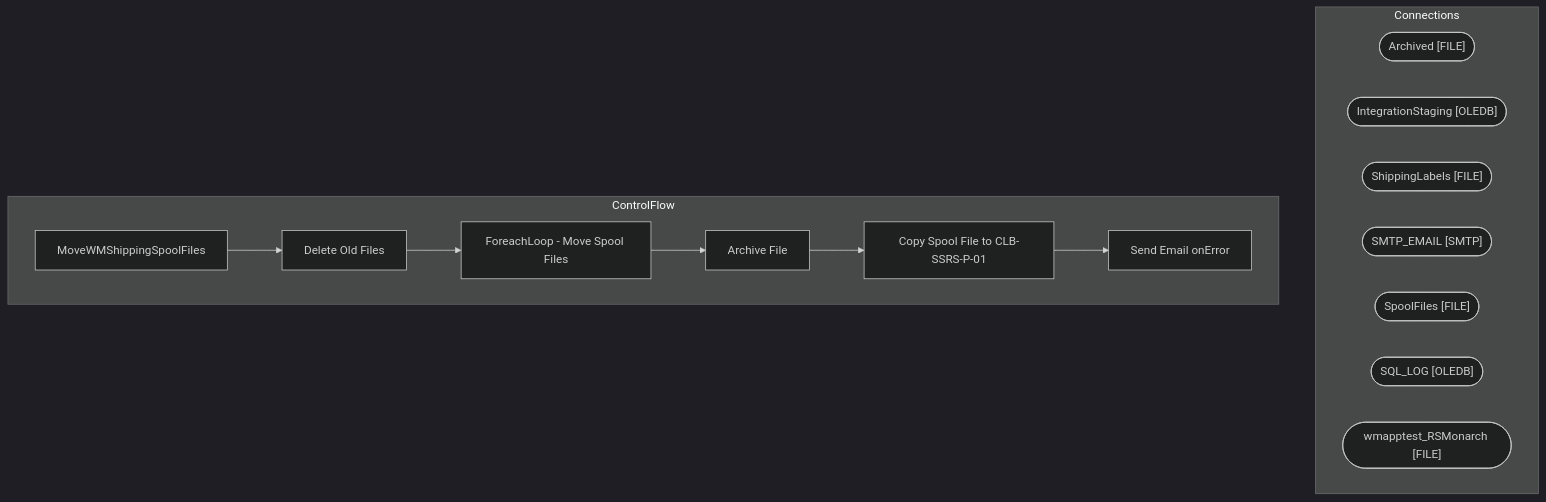
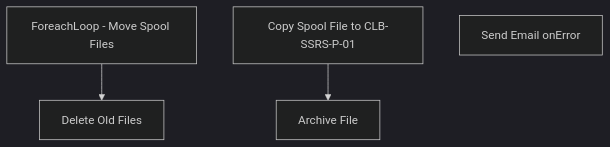
One commit to juanandresbrain/BABSkills changed the diagram in bab-docs-explorer/Documentation/STL-SSIS-P-01/SSIS/SSIS/WEBMoveWMShippingLabelSpoolFiles.MoveWMShippingSpoolFiles.md. Above: the diagram before and after it, drawn with Mermaid (dark theme). The commit also changed other lines of this file and 273 other files, not shown here.

````diff
--- a/bab-docs-explorer/Documentation/STL-SSIS-P-01/SSIS/SSIS/WEBMoveWMShippingLabelSpoolFiles.MoveWMShippingSpoolFiles.md
+++ b/bab-docs-explorer/Documentation/STL-SSIS-P-01/SSIS/SSIS/WEBMoveWMShippingLabelSpoolFiles.MoveWMShippingSpoolFiles.md
@@ -9,25 +42,10 @@
 ```mermaid
 flowchart TD
-    subgraph Connections
-        Archived_conn(["Archived [FILE]"])
-        IntegrationStaging_conn(["IntegrationStaging [OLEDB]"])
-        ShippingLabels_conn(["ShippingLabels [FILE]"])
-        SMTP_EMAIL_conn(["SMTP_EMAIL [SMTP]"])
-        SpoolFiles_conn(["SpoolFiles [FILE]"])
-        SQL_LOG_conn(["SQL_LOG [OLEDB]"])
-        wmapptest_RSMonarch_conn(["wmapptest_RSMonarch [FILE]"])
-    end
-    subgraph ControlFlow
-        MoveWMShippingSpoolFiles_task["MoveWMShippingSpoolFiles"]
-        Delete_Old_Files_task["Delete Old Files"]
-        MoveWMShippingSpoolFiles_task --> Delete_Old_Files_task
-        ForeachLoop___Move_Spool_Files_task["ForeachLoop - Move Spool Files"]
-        Delete_Old_Files_task --> ForeachLoop___Move_Spool_Files_task
-        Archive_File_task["Archive File"]
-        ForeachLoop___Move_Spool_Files_task --> Archive_File_task
-        Copy_Spool_File_to_CLB_SSRS_P_01_task["Copy Spool File to CLB-SSRS-P-01"]
-        Archive_File_task --> Copy_Spool_File_to_CLB_SSRS_P_01_task
-        Send_Email_onError_task["Send Email onError"]
-        Copy_Spool_File_to_CLB_SSRS_P_01_task --> Send_Email_onError_task
-    end
+    n_Package_Delete_Old_Files["Delete Old Files"]
+    n_Package_ForeachLoop___Move_Spool_Files["ForeachLoop - Move Spool Files"]
+    n_Package_ForeachLoop___Move_Spool_Files_Archive_File["Archive File"]
+    n_Package_ForeachLoop___Move_Spool_Files_Copy_Spool_File_to_CLB_SSRS_P_01["Copy Spool File to CLB-SSRS-P-01"]
+    n_Package_EventHandlers_OnError__Send_Email_onError["Send Email onError"]
+    n_Package_ForeachLoop___Move_Spool_Files_Copy_Spool_File_to_CLB_SSRS_P_01 --> n_Package_ForeachLoop___Move_Spool_Files_Archive_File
+    n_Package_ForeachLoop___Move_Spool_Files --> n_Package_Delete_Old_Files
 ```
````
